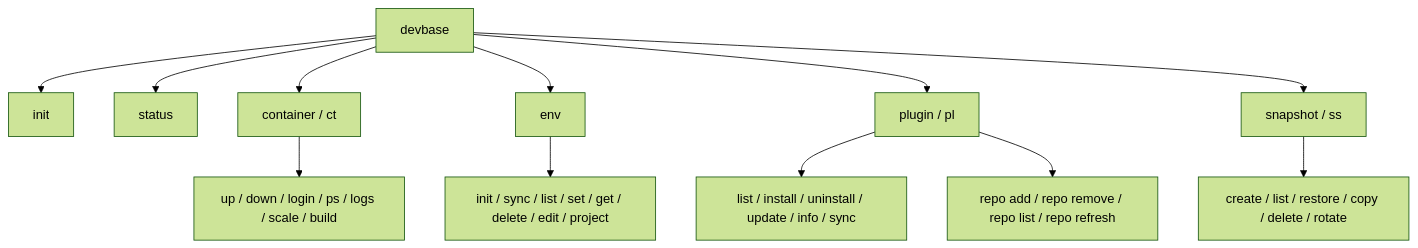
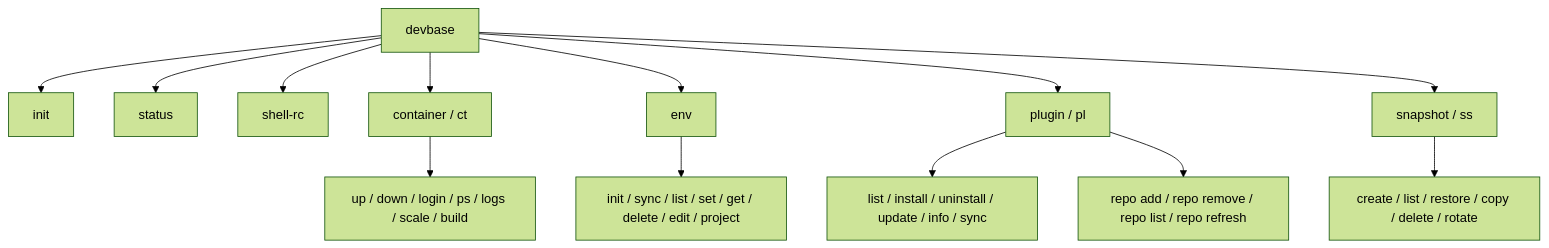
Before and after one commit to devbasex/devbase: the diagram in docs/user/cli-reference.md, drawn with Mermaid (forest theme). The commit also changed other lines of this file and 7 other files, not shown here.

````diff
--- a/docs/user/cli-reference.md
+++ b/docs/user/cli-reference.md
@@ -9,14 +9,15 @@
 ```mermaid
 graph TD
     A[devbase] --> B[init]
     A --> C[status]
+    A --> H[shell-rc]
     A --> D[container / ct]
     A --> E[env]
     A --> F[plugin / pl]
     A --> G[snapshot / ss]
     D --> D1[up / down / login / ps / logs / scale / build]
     E --> E1[init / sync / list / set / get / delete / edit / project]
     F --> F1[list / install / uninstall / update / info / sync]
     F --> F2[repo add / repo remove / repo list / repo refresh]
     G --> G1[create / list / restore / copy / delete / rotate]
 ```
````
